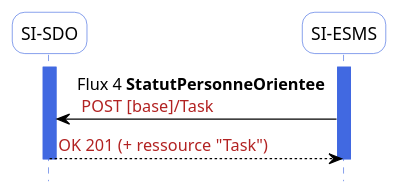
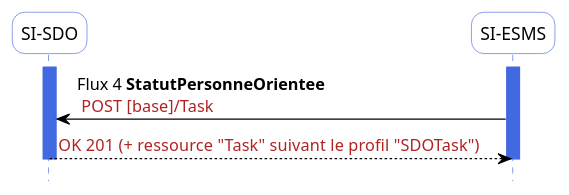
The diagram in input/images-source/flux4.plantuml (ansforge/IG-fhir-medicosocial-suivi-decisions-orientation), drawn with PlantUML before and after one commit. The commit also changed 4 other files, not shown here.

Commit message:
Ajout nom de profil sur diagramme (#222)

```diff
--- a/input/images-source/flux4.plantuml
+++ b/input/images-source/flux4.plantuml
@@ -1,30 +1,30 @@
 @startuml flux4
 hide footbox
 
 skinparam sequence {
  arrowColor black
  ParticipantBorderColor RoyalBlue
  ParticipantBackgroundColor white
  LifeLineBorderColor RoyalBlue
  LifeLineBackgroundColor RoyalBlue
  ParticipantFontSize 14
  ParticipantFontName arial
  ParticipantPadding 20
 }
 skinparam  roundcorner 20
 
 
 participant "SI-SDO" as SDO
 participant "SI-ESMS" as ESMS
 activate SDO
 activate ESMS
 
 
 ESMS-[#black]> SDO: Flux 4 **StatutPersonneOrientee** \n <color #FireBrick>POST [base]/Task</color>
-SDO-[#black]-> ESMS: <color #FireBrick>OK 201 (+ ressource "Task")</color>
+SDO-[#black]-> ESMS: <color #FireBrick>OK 201 (+ ressource "Task"  suivant le profil "SDOTask")</color>
 
 
 
 deactivate SDO
 deactivate ESMS
 @enduml
```
